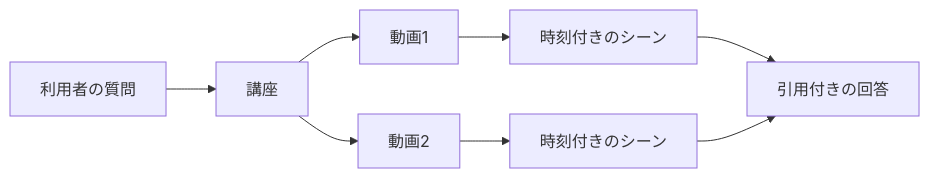
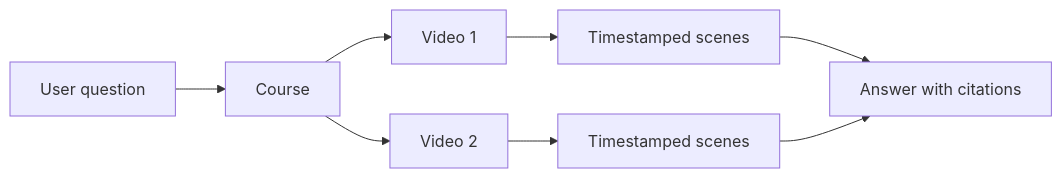
One commit to yukiharada1228/videoq changed the diagram in docs/concepts/domain-model.md. Above: the diagram before and after it, drawn with Mermaid. The commit also changed other lines of this file and 79 other files, not shown here.

````diff
--- a/docs/concepts/domain-model.md
+++ b/docs/concepts/domain-model.md
@@ -24,10 +24,10 @@
 ```mermaid
 flowchart LR
-    Course[講座] --> V1[動画1]
-    Course --> V2[動画2]
-    V1 --> S1[時刻付きのシーン]
-    V2 --> S2[時刻付きのシーン]
-    Question[利用者の質問] --> Course
-    S1 --> Answer[引用付きの回答]
+    Course[Course] --> V1[Video 1]
+    Course --> V2[Video 2]
+    V1 --> S1[Timestamped scenes]
+    V2 --> S2[Timestamped scenes]
+    Question[User question] --> Course
+    S1 --> Answer[Answer with citations]
     S2 --> Answer
 ```
````
